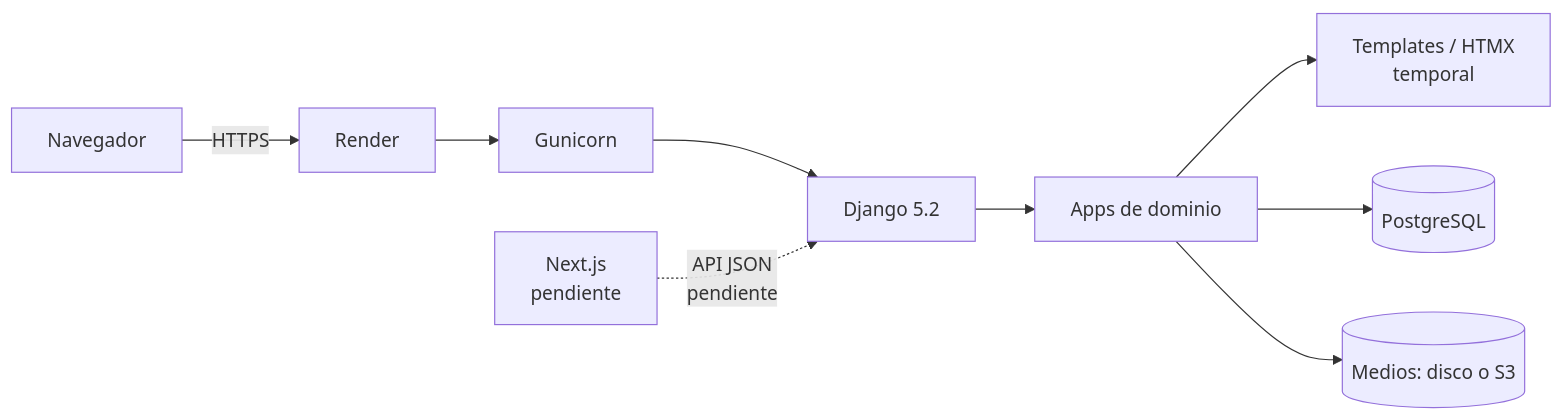
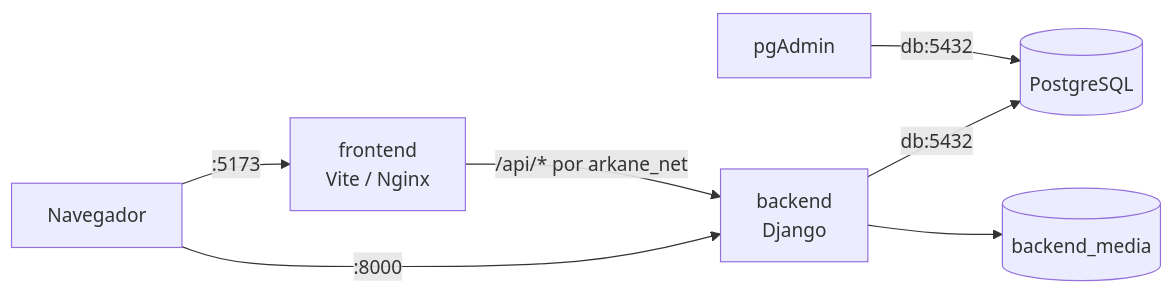
The diagram in README.md (Cristianco9/arcakane-zone), drawn with Mermaid before and after one commit. The commit also changed other lines of this file and 15 other files, not shown here.

````diff
--- a/README.md
+++ b/README.md
@@ -78,11 +269,9 @@
 ```mermaid
 flowchart LR
-  B[Navegador] -->|HTTPS| R[Render]
-  R --> G[Gunicorn]
-  G --> D[Django 5.2]
-  D --> A[Apps de dominio]
-  A --> T[Templates / HTMX<br/>temporal]
-  A --> DB[(PostgreSQL)]
-  A --> M[(Medios: disco o S3)]
-  F[Next.js<br/>pendiente] -.->|API JSON<br/>pendiente| D
+  U[Navegador] -->|:5173| F[frontend<br/>Vite / Nginx]
+  U -->|:8000| B[backend<br/>Django]
+  F -->|/api/* por arkane_net| B
+  B -->|db:5432| D[(PostgreSQL)]
+  A[pgAdmin] -->|db:5432| D
+  B --> M[(backend_media)]
 ```
````
